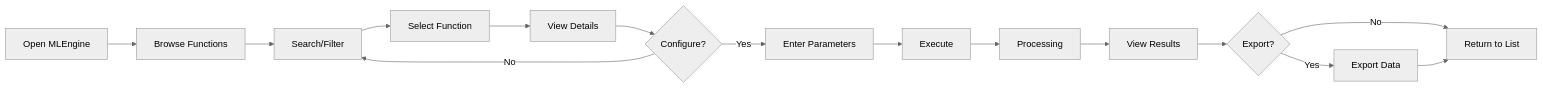
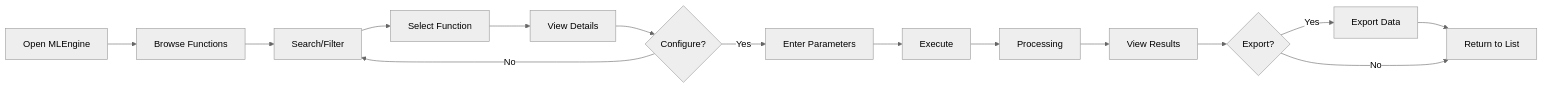
Before and after one commit to RoundRobinHood/cogniflight-cloud: the sixth of 10 diagrams in docs/SEN3781_Assignment4_Information_Architecture_Report.md, drawn with Mermaid (neutral theme). The commit also changed other lines of this file, not shown here.

Commit message:
made diagrams to continue on next line

````diff
--- a/docs/SEN3781_Assignment4_Information_Architecture_Report.md
+++ b/docs/SEN3781_Assignment4_Information_Architecture_Report.md
@@ -288,17 +277,10 @@
 ```mermaid
 flowchart LR
-    A[Open MLEngine] --> B[Browse Functions]
-    B --> C[Search/Filter]
-    C --> D[Select Function]
-    D --> E[View Details]
-    E --> F{Configure?}
-    F -->|Yes| G[Enter Parameters]
+    A[Open MLEngine] --> B[Browse Functions] --> C[Search/Filter]
+    C --> D[Select Function] --> E[View Details] --> F{Configure?}
+    F -->|Yes| G[Enter Parameters] --> H[Execute]
+    H --> I[Processing] --> J[View Results] --> K{Export?}
+    K -->|Yes| L[Export Data] --> M[Return to List]
+    K -->|No| M
     F -->|No| C
-    G --> H[Execute]
-    H --> I[Processing]
-    I --> J[View Results]
-    J --> K{Export?}
-    K -->|Yes| L[Export Data]
-    K -->|No| M[Return to List]
-    L --> M
 ```
````
